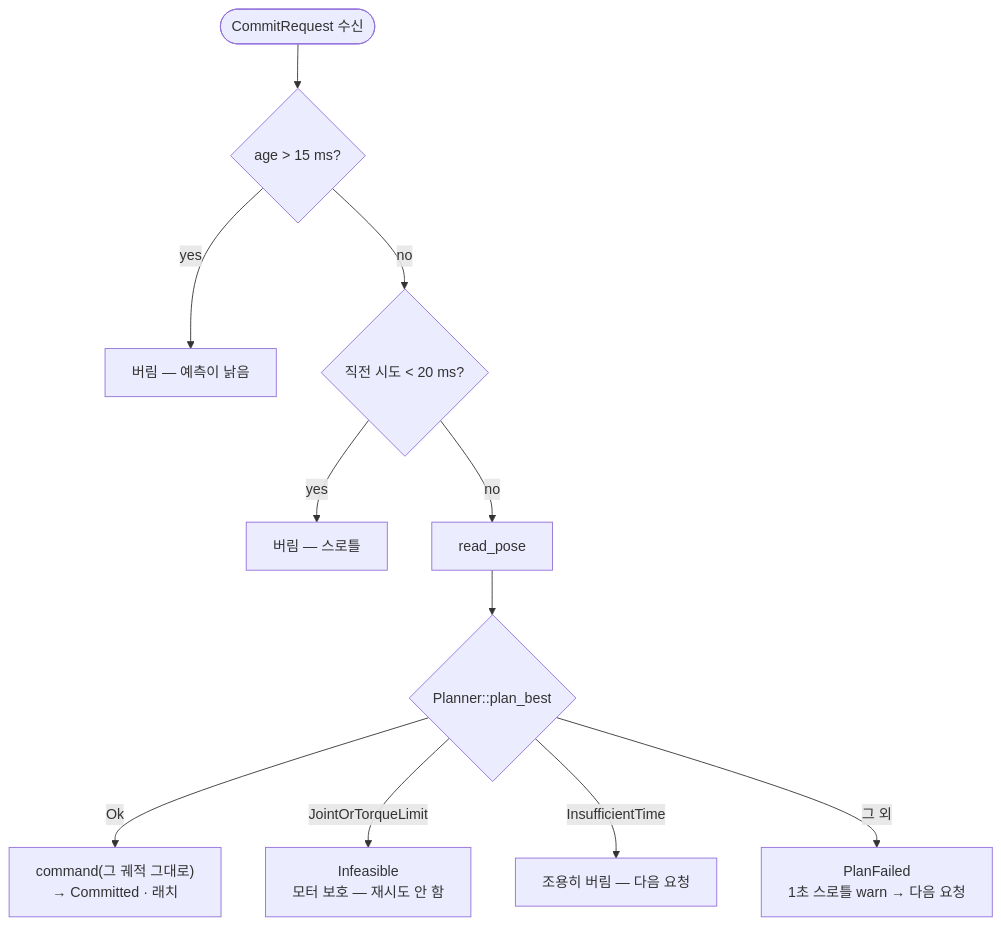
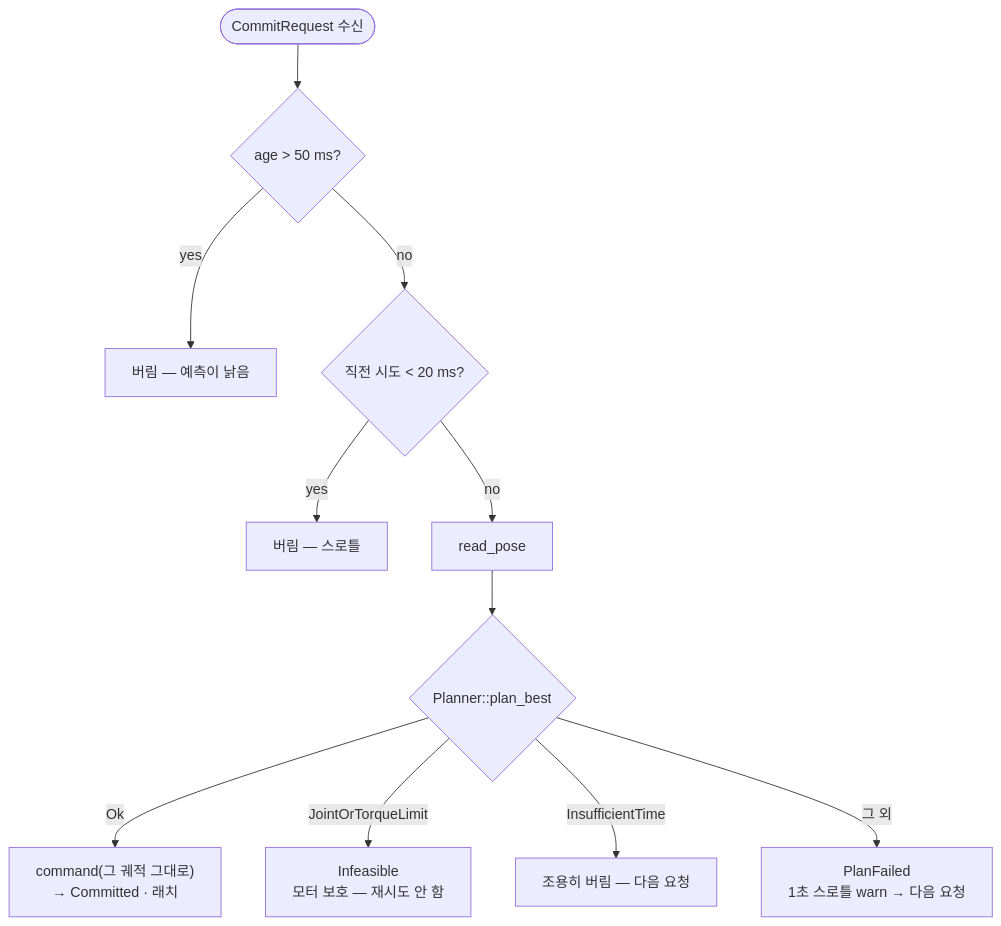
The fourth of 4 diagrams in src/real/README.md (luv-all/pingpong-bot), drawn with Mermaid before and after one commit. The commit also changed other lines of this file and 6 other files, not shown here.

````diff
--- a/src/real/README.md
+++ b/src/real/README.md
@@ -211,13 +211,13 @@
 ```mermaid
 flowchart TD
-    req(["CommitRequest 수신"]) --> stale{"age > 15 ms?"}
+    req(["CommitRequest 수신"]) --> stale{"age > 50 ms?"}
     stale -->|yes| drop["버림 — 예측이 낡음"]
     stale -->|no| thr{"직전 시도 < 20 ms?"}
     thr -->|yes| drop2["버림 — 스로틀"]
     thr -->|no| pose["read_pose"]
     pose --> plan{"Planner::plan_best"}
     plan -->|Ok| cmd["command(그 궤적 그대로)<br/>→ Committed · 래치"]
     plan -->|JointOrTorqueLimit| abandon["Infeasible<br/>모터 보호 — 재시도 안 함"]
     plan -->|InsufficientTime| retry["조용히 버림 — 다음 요청"]
     plan -->|그 외| warn["PlanFailed<br/>1초 스로틀 warn → 다음 요청"]
 ```
````
